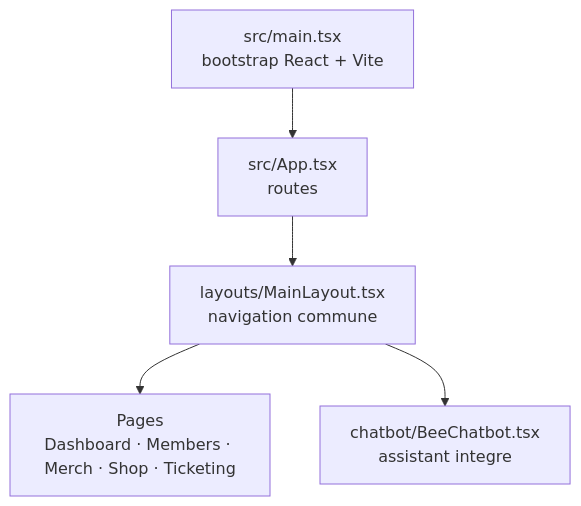
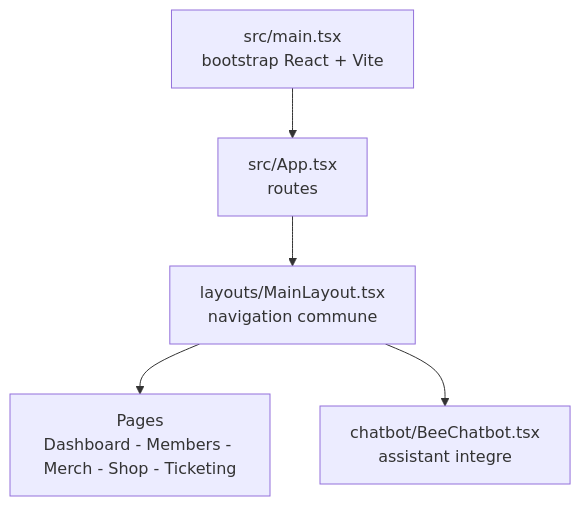
Before and after one commit to Adam-Blf/BeeBle: the diagram in README.md, drawn with Mermaid. The commit also changed other lines of this file, not shown here.

Commit message:
docs: typography pass, no em dash or middle dot (#2)

````diff
--- a/README.md
+++ b/README.md
@@ -39,10 +39,10 @@
 ```mermaid
 flowchart TB
     MAIN["src/main.tsx<br/>bootstrap React + Vite"]
     APP["src/App.tsx<br/>routes"]
     LAY["layouts/MainLayout.tsx<br/>navigation commune"]
-    PAGES["Pages<br/>Dashboard · Members · Merch · Shop · Ticketing"]
+    PAGES["Pages<br/>Dashboard - Members - Merch - Shop - Ticketing"]
     BOT["chatbot/BeeChatbot.tsx<br/>assistant integre"]
     MAIN --> APP --> LAY --> PAGES
     LAY --> BOT
 ```
````
